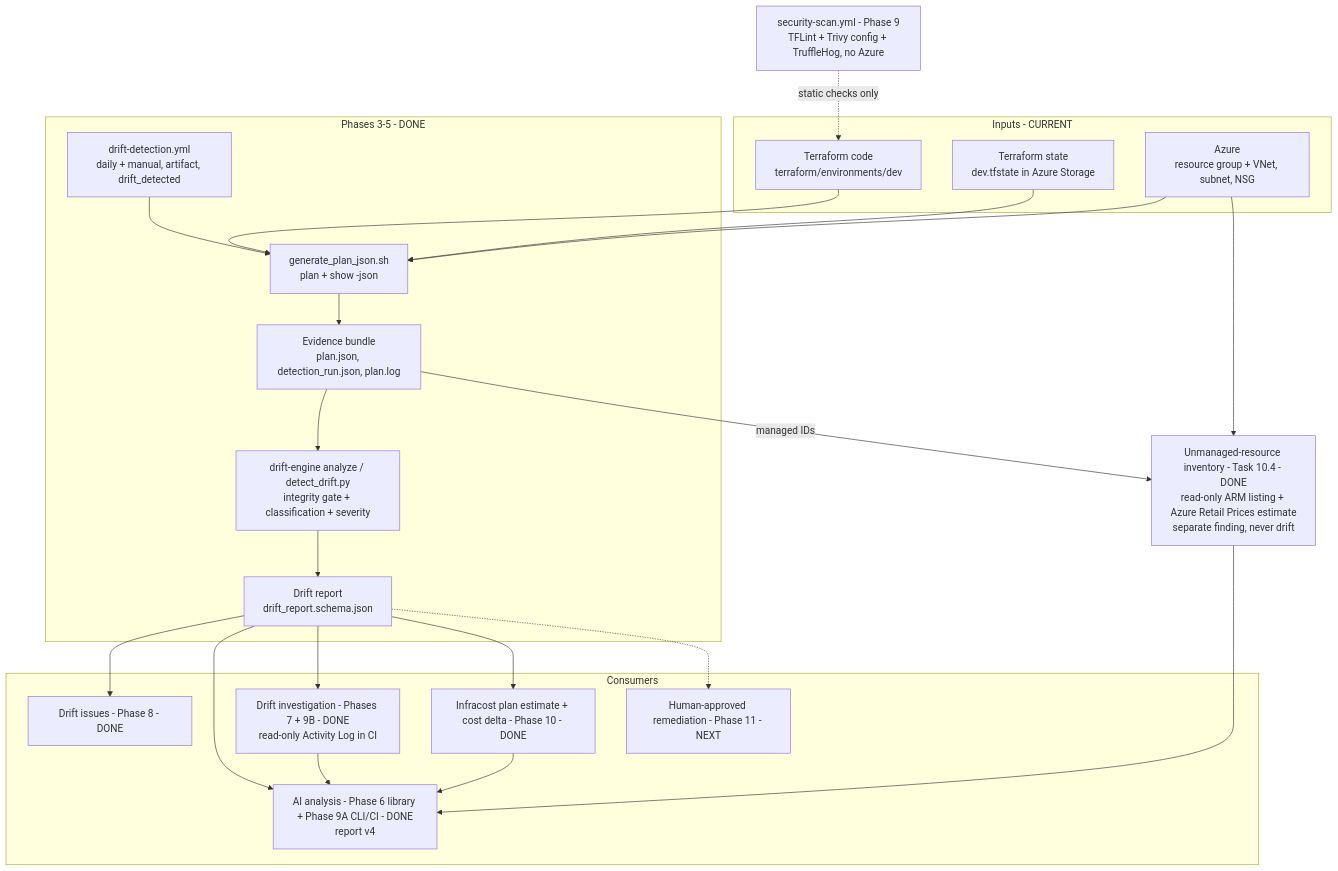
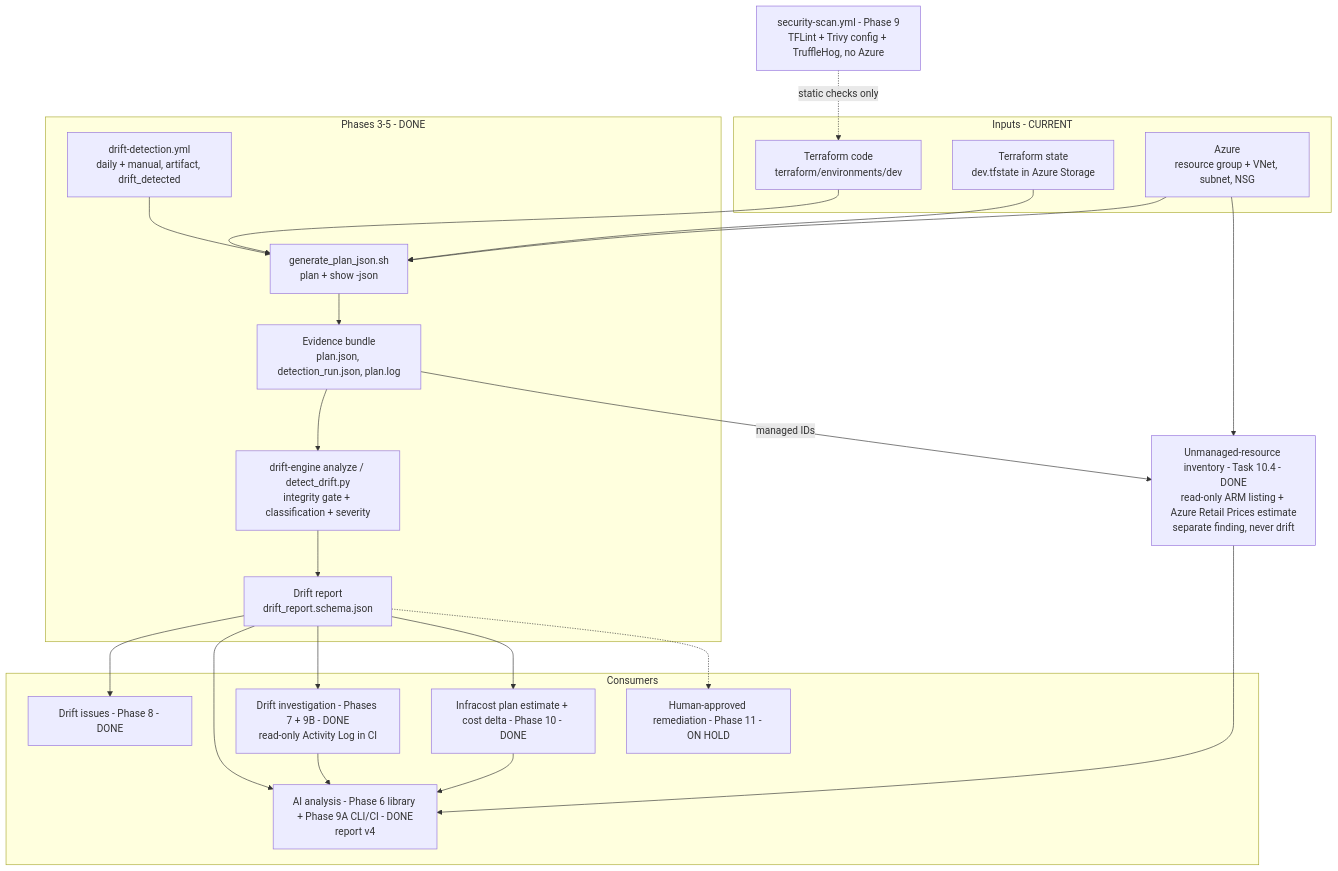
The third of 11 diagrams in docs/MASTER_PROJECT_GUIDE.md (HarshAgarwal1102/ai-terraform-drift-detector), drawn with Mermaid before and after one commit. The commit also changed other lines of this file and 4 other files, not shown here.

````diff
--- a/docs/MASTER_PROJECT_GUIDE.md
+++ b/docs/MASTER_PROJECT_GUIDE.md
@@ -296,45 +300,45 @@
 ```mermaid
 flowchart TD
     subgraph INPUTS["Inputs - CURRENT"]
         CODE["Terraform code<br/>terraform/environments/dev"]
         STATE["Terraform state<br/>dev.tfstate in Azure Storage"]
         AZ["Azure<br/>resource group + VNet, subnet, NSG"]
     end
 
     subgraph DET["Phases 3-5 - DONE"]
         GEN["generate_plan_json.sh<br/>plan + show -json"]
         BUNDLE["Evidence bundle<br/>plan.json, detection_run.json, plan.log"]
         CLS["drift-engine analyze / detect_drift.py<br/>integrity gate + classification + severity"]
         REP["Drift report<br/>drift_report.schema.json"]
         WF["drift-detection.yml<br/>daily + manual, artifact, drift_detected"]
     end
 
     subgraph USE["Consumers"]
         ISS["Drift issues - Phase 8 - DONE"]
         AI["AI analysis - Phase 6 library + Phase 9A CLI/CI - DONE<br/>report v4"]
         LOG["Drift investigation - Phases 7 + 9B - DONE<br/>read-only Activity Log in CI"]
         COST["Infracost plan estimate + cost delta - Phase 10 - DONE"]
-        FIX["Human-approved remediation - Phase 11 - NEXT"]
+        FIX["Human-approved remediation - Phase 11 - ON HOLD"]
     end
 
     UNM["Unmanaged-resource inventory - Task 10.4 - DONE<br/>read-only ARM listing + Azure Retail Prices estimate<br/>separate finding, never drift"]
 
     SCAN["security-scan.yml - Phase 9<br/>TFLint + Trivy config + TruffleHog, no Azure"]
 
     CODE --> GEN
     STATE --> GEN
     AZ --> GEN
     GEN --> BUNDLE --> CLS --> REP
     WF --> GEN
     REP --> ISS
     REP --> AI
     REP --> LOG
     REP --> COST
     AZ --> UNM
     BUNDLE -->|"managed IDs"| UNM
     LOG --> AI
     COST --> AI
     UNM --> AI
     REP -.-> FIX
     SCAN -.->|"static checks only"| CODE
 ```
````
